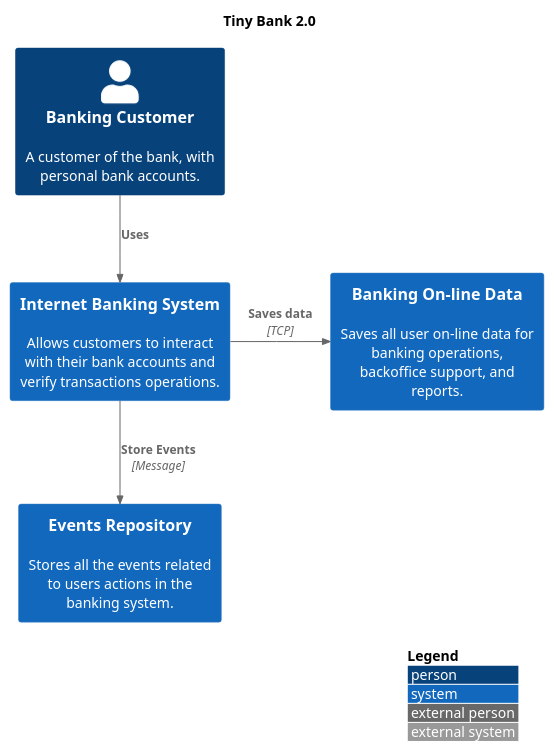
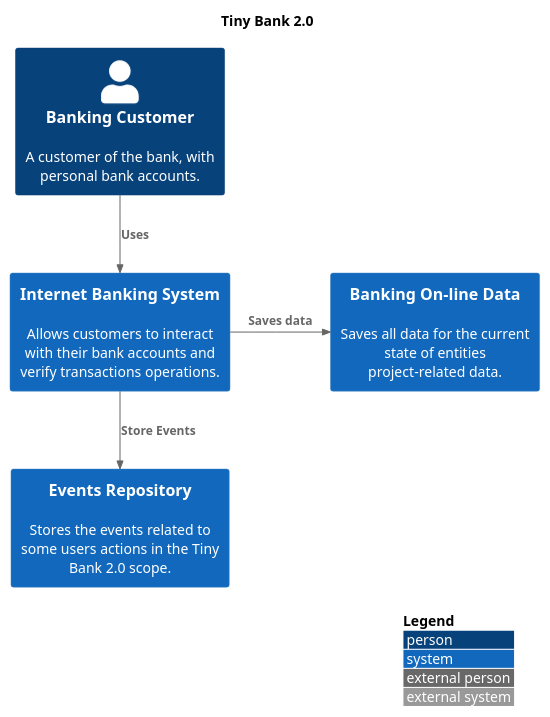
The diagram in docs/diagrams/system-context.puml (tnfigueiredo/-tiny-bank), drawn with PlantUML before and after one commit. The commit also changed 2 other files, not shown here.

Commit message:
docs: Initial system context design.

```diff
--- a/docs/diagrams/system-context.puml
+++ b/docs/diagrams/system-context.puml
@@ -1,19 +1,19 @@
 @startuml
 !include https://raw.githubusercontent.com/plantuml-stdlib/C4-PlantUML/master/C4_Context.puml
 ' uncomment the following line and comment the first to use locally
 ' !include C4_Context.puml
 
 LAYOUT_WITH_LEGEND()
 
 title Tiny Bank 2.0
 
 Person(customer, "Banking Customer", "A customer of the bank, with personal bank accounts.")
 System(banking_system, "Internet Banking System", "Allows customers to interact with their bank accounts and verify transactions operations.")
 
-System(account_operations, "Banking On-line Data", "Saves all user on-line data for banking operations, backoffice support, and reports.")
-System(account_events, "Events Repository", "Stores all the events related to users actions in the banking system.")
+System(account_operations, "Banking On-line Data", "Saves all data for the current state of entities project-related data.")
+System(account_events, "Events Repository", "Stores the events related to some users actions in the Tiny Bank 2.0 scope.")
 
 Rel(customer, banking_system, "Uses")
-Rel_Neighbor(banking_system, account_operations, "Saves data", "TCP")
-Rel(banking_system, account_events, "Store Events", "Message")
+Rel_Neighbor(banking_system, account_operations, "Saves data")
+Rel(banking_system, account_events, "Store Events")
 @enduml
```
